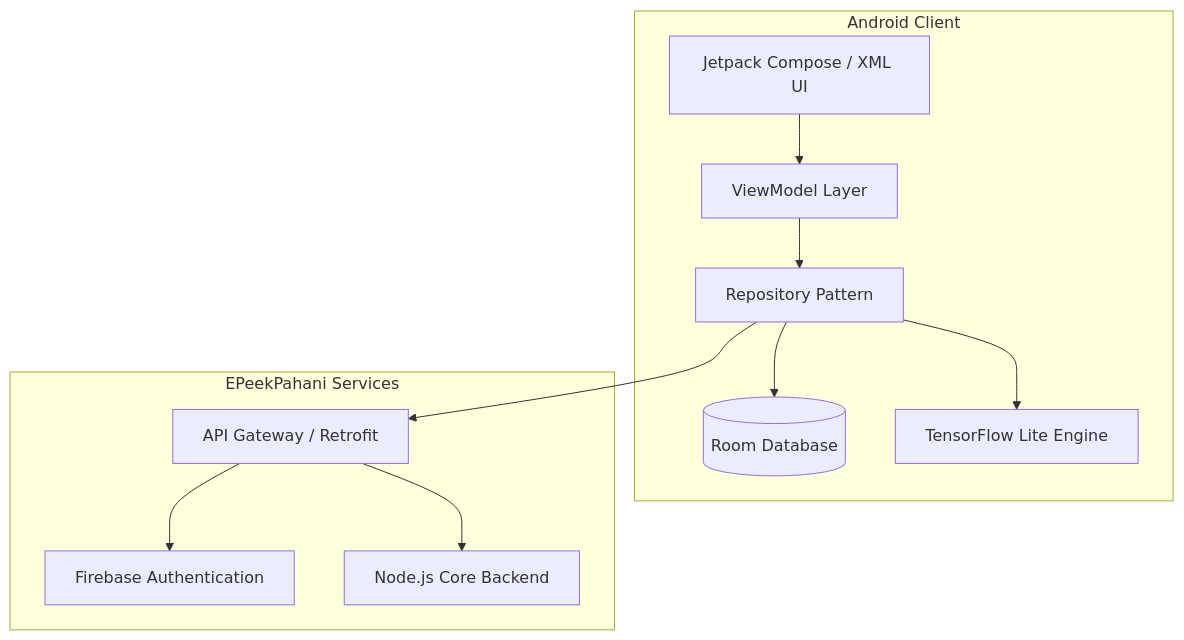
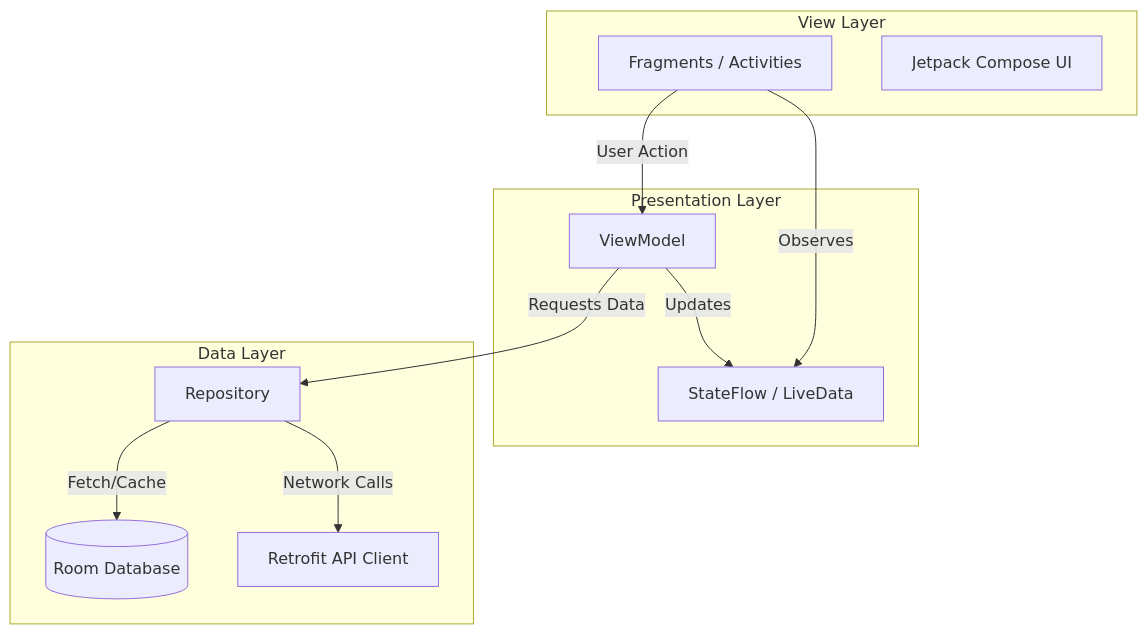
One commit to mridulbansal4/EPeekPahani changed the diagram in DETAIL.md. Above: the diagram before and after it, drawn with Mermaid. The commit also changed other lines of this file and 1 other file, not shown here.

````diff
--- a/DETAIL.md
+++ b/DETAIL.md
@@ -7,16 +17,25 @@
 ```mermaid
 graph TD
-    subgraph Frontend [Android Client]
-        UI[Jetpack Compose / XML UI] --> VM[ViewModel Layer]
-        VM --> Repo[Repository Pattern]
-        
-        Repo --> LocalDB[(Room Database)]
-        Repo --> ML[TensorFlow Lite Engine]
+    subgraph View Layer
+        Fragments[Fragments / Activities]
+        Compose[Jetpack Compose UI]
     end
 
-    subgraph Backend & Cloud [EPeekPahani Services]
-        Repo --> Retrofit[API Gateway / Retrofit]
-        Retrofit --> Auth[Firebase Authentication]
-        Retrofit --> MainAPI[Node.js Core Backend]
+    subgraph Presentation Layer
+        VM[ViewModel]
+        LiveData[StateFlow / LiveData]
     end
+
+    subgraph Data Layer
+        Repo[Repository]
+        Room[(Room Database)]
+        Retrofit[Retrofit API Client]
+    end
+
+    Fragments --> |Observes| LiveData
+    VM --> |Updates| LiveData
+    Fragments --> |User Action| VM
+    VM --> |Requests Data| Repo
+    Repo --> |Fetch/Cache| Room
+    Repo --> |Network Calls| Retrofit
 ```
````
